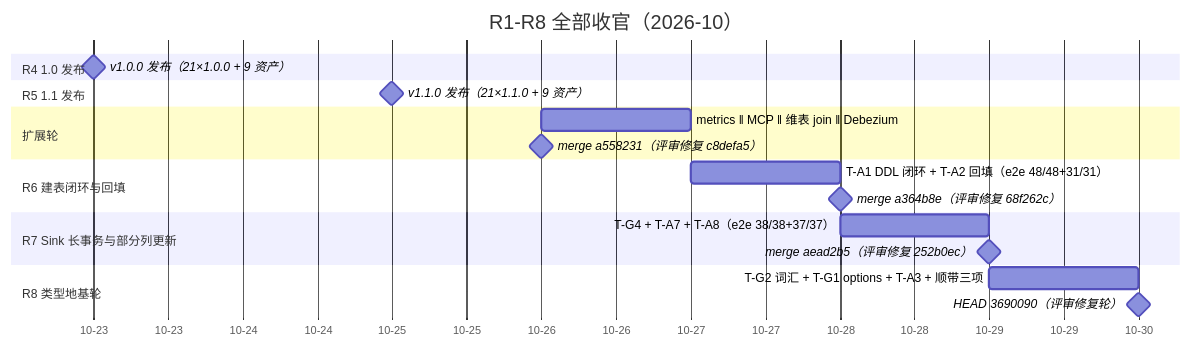
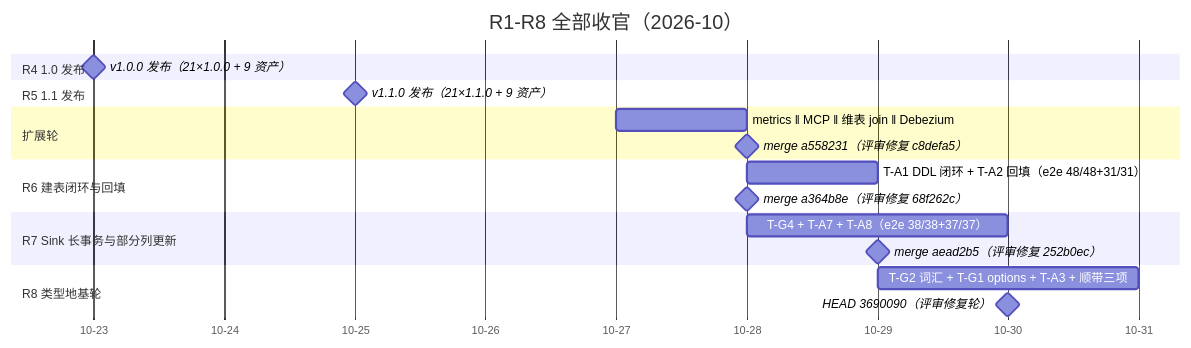
The sixth of 7 diagrams in docs/design/architecture.zh.md (SeekerGalahad/tailrace), drawn with Mermaid before and after one commit. The commit also changed other lines of this file and 9 other files, not shown here.

````diff
--- a/docs/design/architecture.zh.md
+++ b/docs/design/architecture.zh.md
@@ -571,22 +571,22 @@
 ```mermaid
 gantt
   title R1-R8 全部收官（2026-10）
   dateFormat YYYY-MM-DD
   axisFormat %m-%d
   section R4 1.0 发布
   v1.0.0 发布（21×1.0.0 + 9 资产）         :milestone, 2026-10-23, 0d
   section R5 1.1 发布
   v1.1.0 发布（21×1.1.0 + 9 资产）         :milestone, 2026-10-25, 0d
   section 扩展轮
-  metrics ‖ MCP ‖ 维表 join ‖ Debezium     :2026-10-26, 1d
-  merge a558231（评审修复 c8defa5）         :milestone, 2026-10-26, 0d
+  metrics ‖ MCP ‖ 维表 join ‖ Debezium     :2026-10-27, 1d
+  merge a558231（评审修复 c8defa5）         :milestone, 2026-10-28, 0d
   section R6 建表闭环与回填
-  T-A1 DDL 闭环 + T-A2 回填（e2e 48/48+31/31）:2026-10-27, 1d
+  T-A1 DDL 闭环 + T-A2 回填（e2e 48/48+31/31）:2026-10-28, 1d
   merge a364b8e（评审修复 68f262c）         :milestone, 2026-10-28, 0d
   section R7 Sink 长事务与部分列更新
-  T-G4 + T-A7 + T-A8（e2e 38/38+37/37）     :2026-10-28, 1d
+  T-G4 + T-A7 + T-A8（e2e 38/38+37/37）     :2026-10-28, 2d
   merge aead2b5（评审修复 252b0ec）         :milestone, 2026-10-29, 0d
   section R8 类型地基轮
-  T-G2 词汇 + T-G1 options + T-A3 + 顺带三项 :2026-10-29, 1d
+  T-G2 词汇 + T-G1 options + T-A3 + 顺带三项 :2026-10-29, 2d
   HEAD 3690090（评审修复轮）                :milestone, 2026-10-30, 0d
 ```
````
